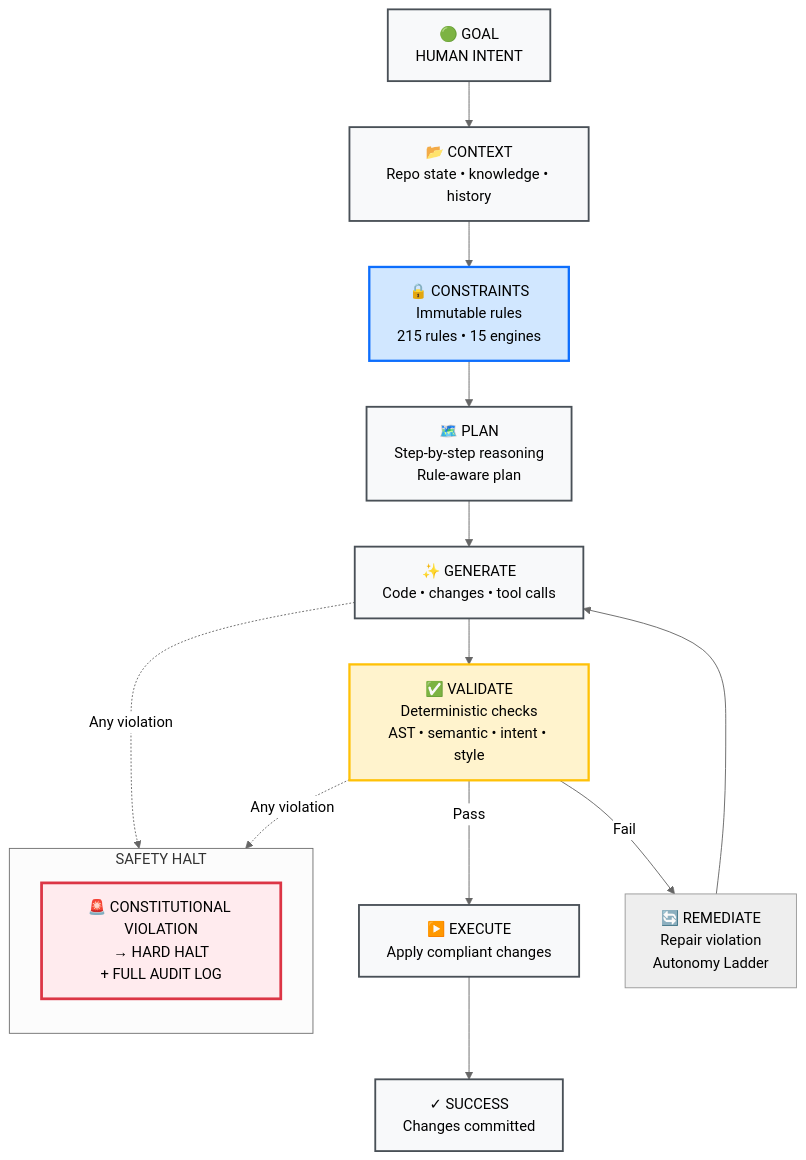
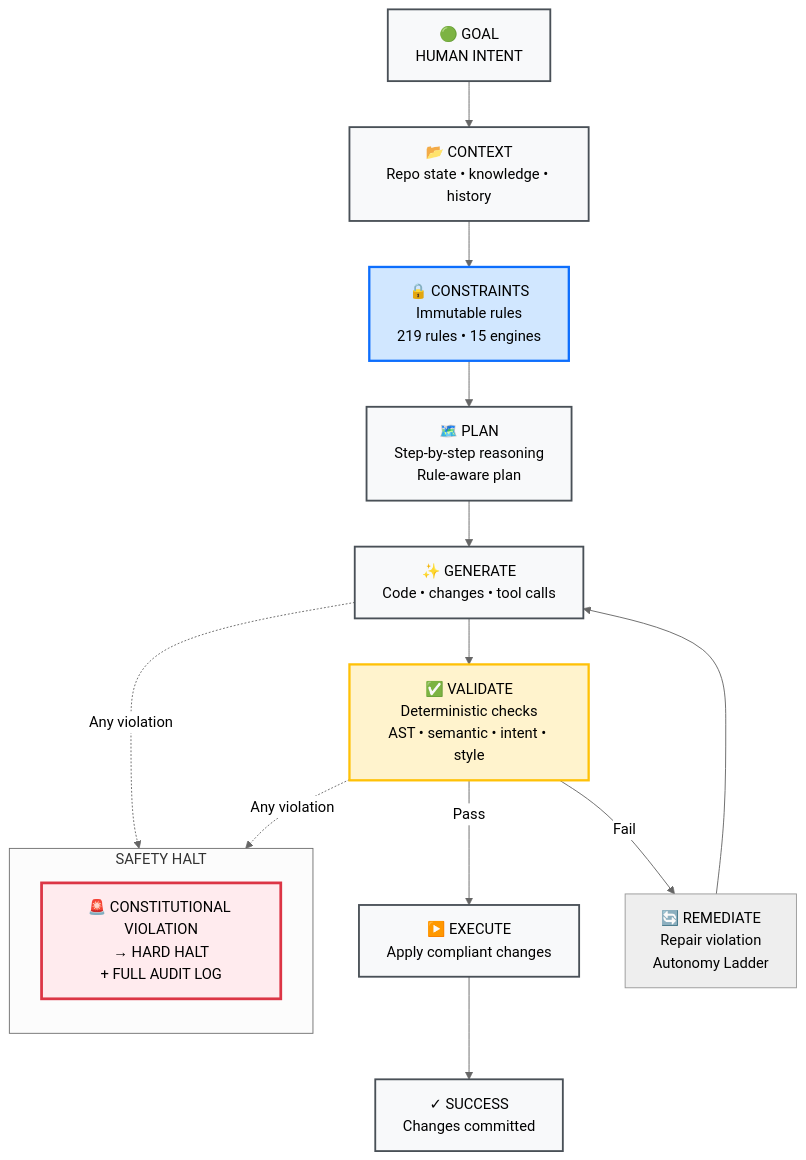
Before and after one commit to DariuszNewecki/CORE: the first of 3 diagrams in docs/how-it-works.md, drawn with Mermaid (neutral theme). The commit also changed 46 other files, not shown here.

````diff
--- a/docs/how-it-works.md
+++ b/docs/how-it-works.md
@@ -13,30 +13,30 @@
 ```mermaid
 flowchart TD
     A["🟢 GOAL\nHUMAN INTENT"] --> B["📂 CONTEXT\nRepo state • knowledge • history"]
-    B --> C["🔒 CONSTRAINTS\nImmutable rules\n215 rules • 15 engines"]
+    B --> C["🔒 CONSTRAINTS\nImmutable rules\n219 rules • 15 engines"]
     C --> D["🗺️ PLAN\nStep-by-step reasoning\nRule-aware plan"]
     D --> E["✨ GENERATE\nCode • changes • tool calls"]
     E --> F["✅ VALIDATE\nDeterministic checks\nAST • semantic • intent • style"]
     F -->|Pass| G["▶️ EXECUTE\nApply compliant changes"]
     F -->|Fail| H["🔄 REMEDIATE\nRepair violation\nAutonomy Ladder"]
     H --> E
     G --> I["✓ SUCCESS\nChanges committed"]
 
     subgraph "SAFETY HALT"
         direction TB
         J["🚨 CONSTITUTIONAL VIOLATION\n→ HARD HALT\n+ FULL AUDIT LOG"]
     end
 
     E -.->|Any violation| J
     F -.->|Any violation| J
 
     classDef phase      fill:#f8f9fa,stroke:#495057,stroke-width:2px
     classDef constraint fill:#d1e7ff,stroke:#0d6efd,stroke-width:2.5px
     classDef validate   fill:#fff3cd,stroke:#ffc107,stroke-width:2.5px
     classDef halt       fill:#ffebee,stroke:#dc3545,stroke-width:3px
 
     class A,B,D,E,G,I phase
     class C constraint
     class F validate
     class J halt
 ```
````
